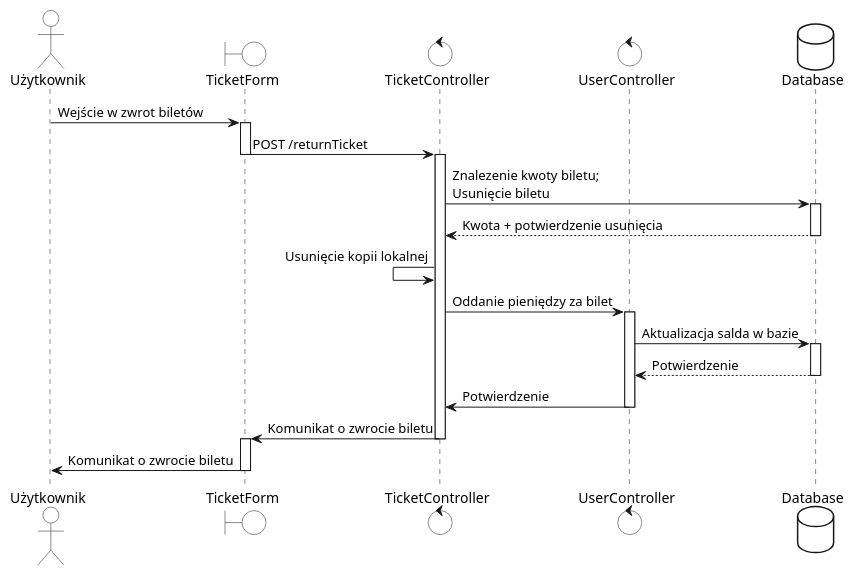
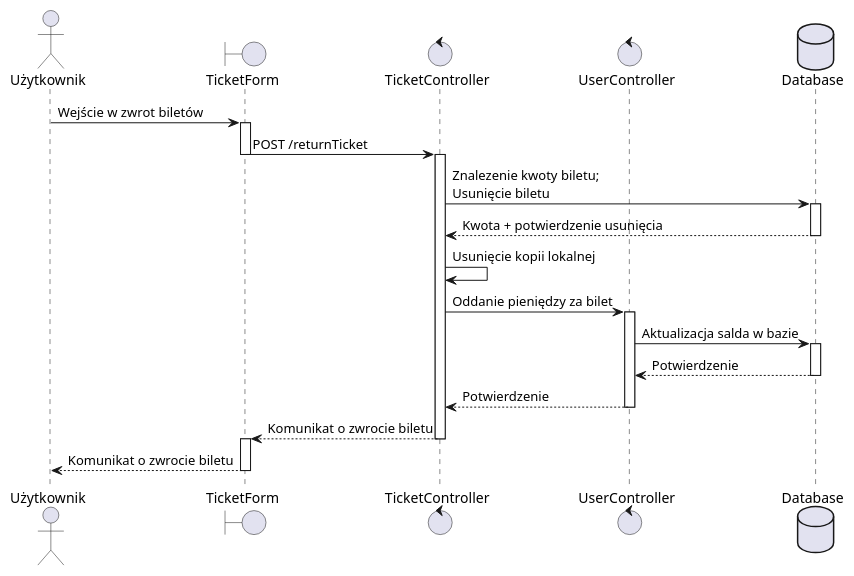
The diagram in Diagramy/Sekwencji/Zwrot.puml (Tkapcer/SystemSprzedazyBiletow), drawn with PlantUML before and after one commit. The commit also changed 1 other file, not shown here.

Commit message:
Drobne zmiany w diagramach sekwencji

```diff
--- a/Diagramy/Sekwencji/Zwrot.puml
+++ b/Diagramy/Sekwencji/Zwrot.puml
@@ -1,30 +1,30 @@
 @startuml
-Actor Użytkownik #white
-Boundary TicketForm #white
-Control TicketController #white
-Control UserController #white
-Database Database #white
+Actor Użytkownik
+Boundary TicketForm
+Control TicketController
+Control UserController
+Database Database
 Użytkownik -> TicketForm : Wejście w zwrot biletów
 Activate TicketForm
 TicketForm -> TicketController : POST /returnTicket
 Deactivate TicketForm
 Activate TicketController
 TicketController -> Database : Znalezenie kwoty biletu;\nUsunięcie biletu
 Activate Database
 Database --> TicketController : Kwota + potwierdzenie usunięcia
 Deactivate Database
-TicketController <- TicketController : Usunięcie kopii lokalnej
+TicketController -> TicketController : Usunięcie kopii lokalnej
 TicketController -> UserController: Oddanie pieniędzy za bilet
 Activate UserController
 UserController -> Database : Aktualizacja salda w bazie
 Activate Database
 Database --> UserController : Potwierdzenie
 Deactivate Database
-UserController -> TicketController : Potwierdzenie
+UserController --> TicketController : Potwierdzenie
 Deactivate UserController
-TicketController -> TicketForm : Komunikat o zwrocie biletu
+TicketController --> TicketForm : Komunikat o zwrocie biletu
 Deactivate TicketController
 Activate TicketForm
-TicketForm -> Użytkownik: Komunikat o zwrocie biletu
+TicketForm --> Użytkownik: Komunikat o zwrocie biletu
 Deactivate TicketForm
 @enduml
```
